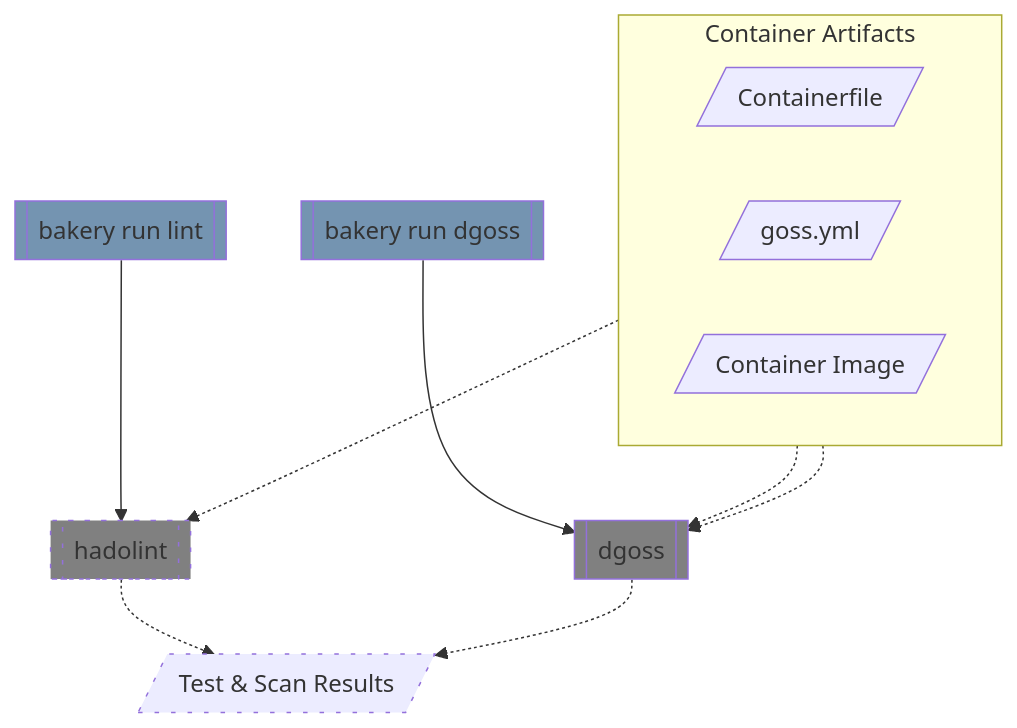
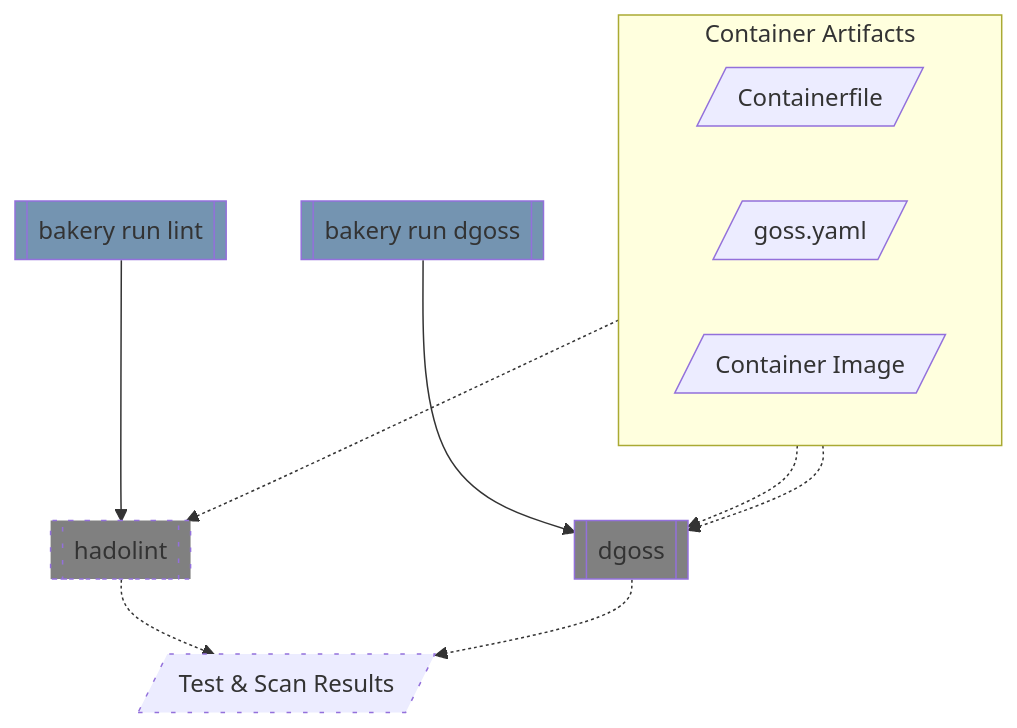
Before and after one commit to posit-dev/images-shared: the fifth of 7 diagrams in posit-bakery/ARCHITECTURE.md, drawn with Mermaid. The commit also changed other lines of this file and 6 other files, not shown here.

````diff
--- a/posit-bakery/ARCHITECTURE.md
+++ b/posit-bakery/ARCHITECTURE.md
@@ -161,36 +158,36 @@
 ```mermaid
 flowchart TD
 
     subgraph "Container Artifacts"
         direction LR
         containerfile[/Containerfile/]
-        tests[/goss.yml/]
+        tests[/goss.yaml/]
         image[/Container Image/]
     end
 
 
     results[/"Test & Scan Results"/]
 
     lint[[hadolint]]
     runLint[[bakery run lint]]
     runLint --> lint
     containerfile -.-> lint -.-> results
 
     dgoss[[dgoss]]
     runDgoss[[bakery run dgoss]]
     image & tests -.-> dgoss
     runDgoss --> dgoss
     dgoss -.-> results
 
     classDef tooling fill:#7494B1
     classDef external fill:grey
     classDef progress stroke-dasharray: 2 2
     classDef todo stroke-dasharray: 3 8
 
     class runLint,runDgoss tooling
     class lint,dgoss external
 
     %% Mark what we are working on and is in flight %%
     class inprogress,snyk progress
     class planned,lint,openscap,results todo
 ```
````
